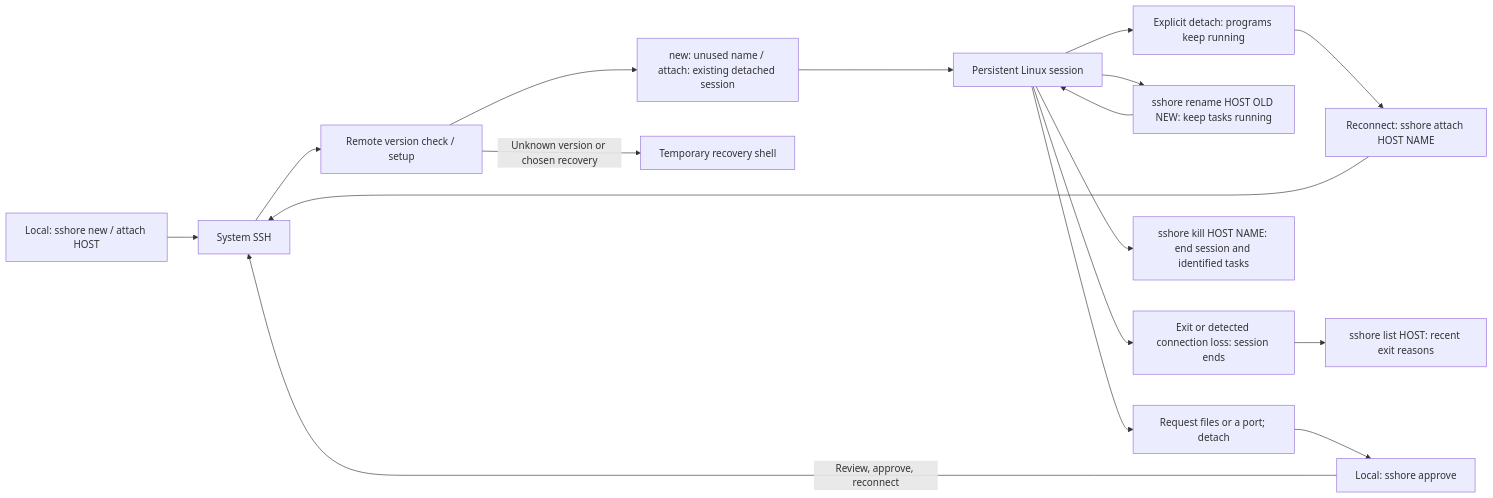
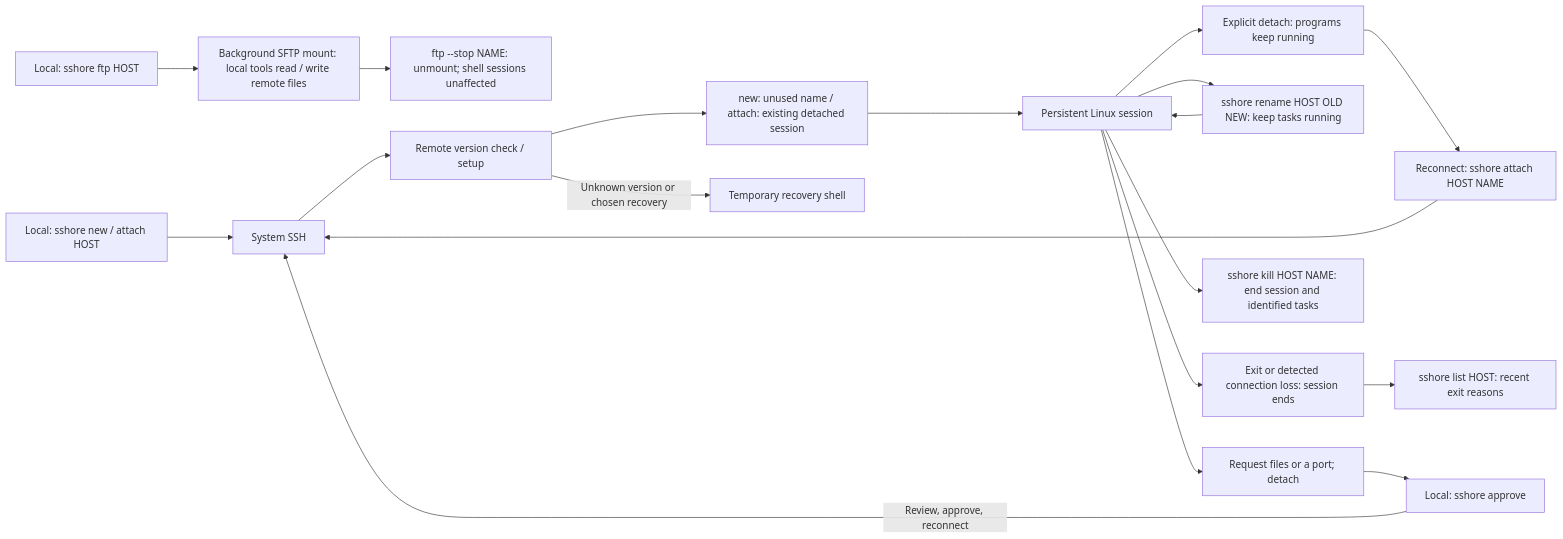
Before and after one commit to jay-waves/sshore: the diagram in README.md, drawn with Mermaid. The commit also changed other lines of this file and 25 other files, not shown here.

Commit message:
Add embedded SFTP mounts with background local sessions

````diff
--- a/README.md
+++ b/README.md
@@ -29,19 +29,21 @@
 ```mermaid
 flowchart LR
+    ftp["Local: sshore ftp HOST"] --> mount["Background SFTP mount: local tools read / write remote files"]
+    mount --> unmount["ftp --stop NAME: unmount; shell sessions unaffected"]
     local["Local: sshore new / attach HOST"] --> ssh["System SSH"]
     ssh --> setup["Remote version check / setup"]
     setup --> select["new: unused name / attach: existing detached session"]
     select --> session["Persistent Linux session"]
     setup -->|"Unknown version or chosen recovery"| recovery["Temporary recovery shell"]
     session --> detach["Explicit detach: programs keep running"]
     session --> renamed["sshore rename HOST OLD NEW: keep tasks running"]
     renamed --> session
     session --> ended["Exit or detected connection loss: session ends"]
     ended --> history["sshore list HOST: recent exit reasons"]
     session --> killed["sshore kill HOST NAME: end session and identified tasks"]
     detach --> resume["Reconnect: sshore attach HOST NAME"]
     resume --> ssh
     session --> request["Request files or a port; detach"]
     request --> approve["Local: sshore approve"]
     approve -->|"Review, approve, reconnect"| ssh
 ```
````
